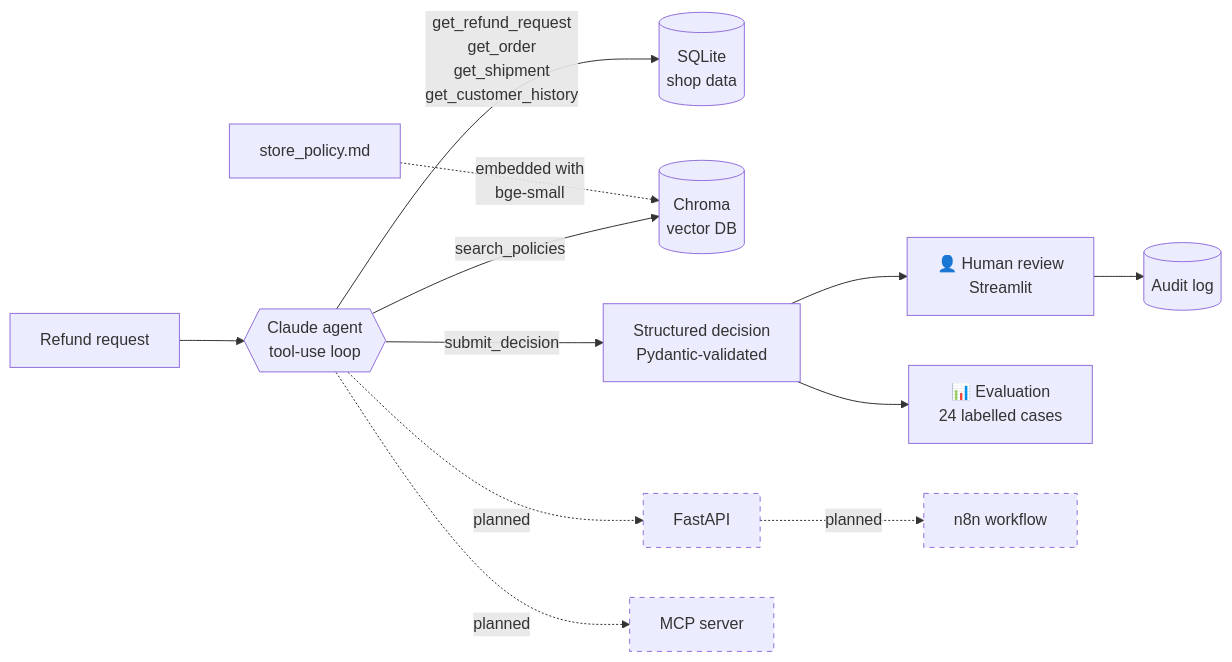
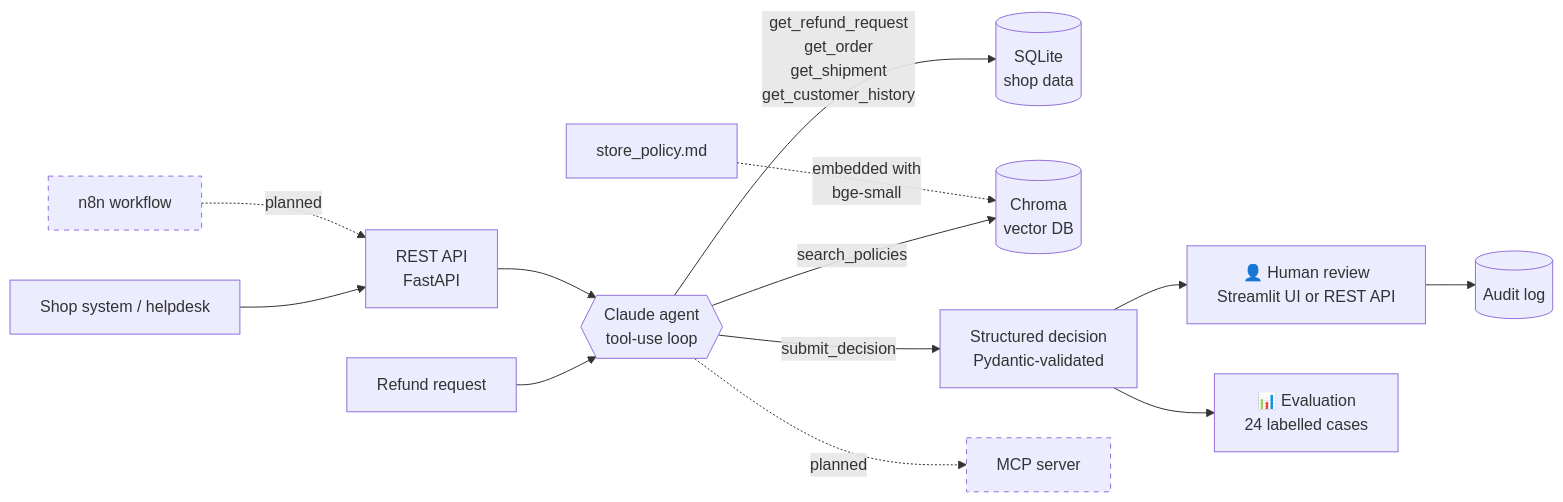
One commit to julianehren/refund-review-agent changed the diagram in README.md. Above: the diagram before and after it, drawn with Mermaid. The commit also changed other lines of this file and 7 other files, not shown here.

First line of the commit message:
v1.1: Add REST API with FastAPI

````diff
--- a/README.md
+++ b/README.md
@@ -34,18 +34,18 @@
 ```mermaid
 flowchart LR
     R[Refund request] --> A{{Claude agent<br/>tool-use loop}}
     A -- get_refund_request<br/>get_order<br/>get_shipment<br/>get_customer_history --> DB[(SQLite<br/>shop data)]
     A -- search_policies --> V[(Chroma<br/>vector DB)]
     P[store_policy.md] -. embedded with<br/>bge-small .-> V
     A -- submit_decision --> D[Structured decision<br/>Pydantic-validated]
-    D --> H[👤 Human review<br/>Streamlit]
+    D --> H[👤 Human review<br/>Streamlit UI or REST API]
     H --> L[(Audit log)]
     D --> E[📊 Evaluation<br/>24 labelled cases]
+    API[REST API<br/>FastAPI] --> A
+    S[Shop system / helpdesk] --> API
 
-    A -. planned .-> API[FastAPI]
+    N8N[n8n workflow] -. planned .-> API
     A -. planned .-> MCP[MCP server]
-    API -. planned .-> N8N[n8n workflow]
-    style API stroke-dasharray: 5 5
     style MCP stroke-dasharray: 5 5
     style N8N stroke-dasharray: 5 5
 ```
````
